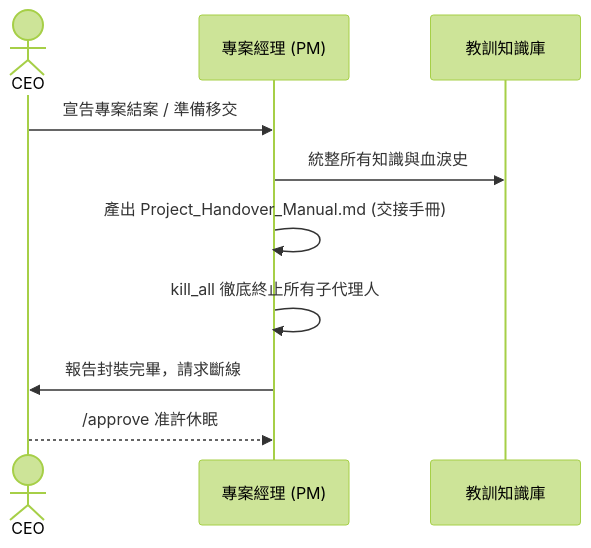
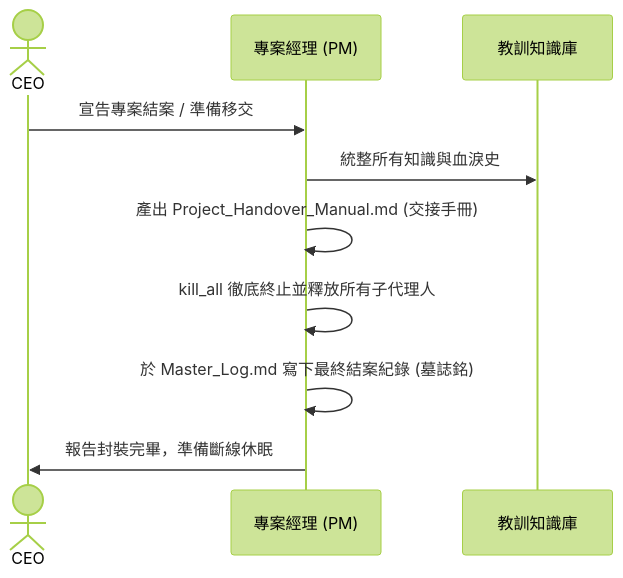
Before and after one commit to vip3310495-Johnny/Johnny-project-team-plugin: the eighth of 8 diagrams in README.md, drawn with Mermaid (forest theme). The commit also changed other lines of this file, not shown here.

````diff
--- a/README.md
+++ b/README.md
@@ -253,12 +252,12 @@
 ```mermaid
 sequenceDiagram
     actor CEO
     participant PM as 專案經理 (PM)
     participant KB as 教訓知識庫
     CEO->>PM: 宣告專案結案 / 準備移交
     PM->>KB: 統整所有知識與血淚史
     PM->>PM: 產出 Project_Handover_Manual.md (交接手冊)
-    PM->>PM: kill_all 徹底終止所有子代理人
-    PM->>CEO: 報告封裝完畢，請求斷線
-    CEO-->>PM: /approve 准許休眠
+    PM->>PM: kill_all 徹底終止並釋放所有子代理人
+    PM->>PM: 於 Master_Log.md 寫下最終結案紀錄 (墓誌銘)
+    PM->>CEO: 報告封裝完畢，準備斷線休眠
 ```
````
